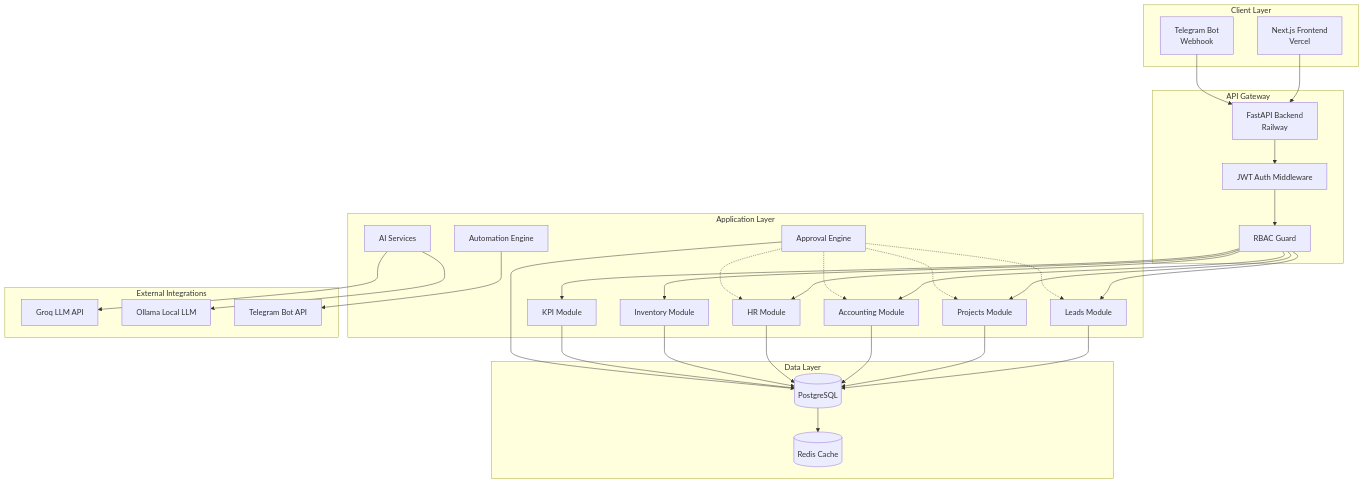
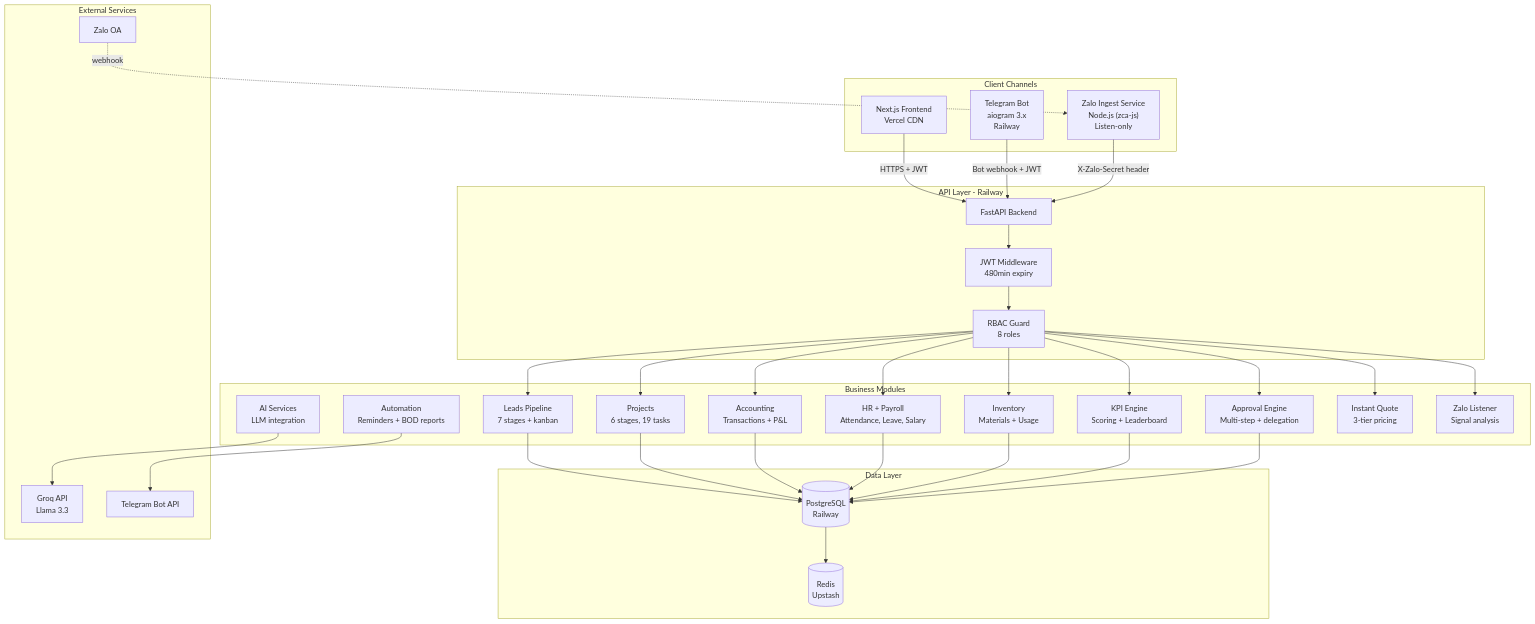
Before and after one commit to anhthien8/jamaerp: the first of 7 diagrams in docs/00-System-Architecture.md, drawn with Mermaid. The commit also changed other lines of this file and 28 other files, not shown here.

````diff
--- a/docs/00-System-Architecture.md
+++ b/docs/00-System-Architecture.md
@@ -33,62 +42,50 @@
 ```mermaid
 graph TB
-    subgraph "Client Layer"
-        FE[Next.js Frontend<br/>Vercel]
-        TG[Telegram Bot<br/>Webhook]
+    subgraph "Client Channels"
+        FE["Next.js Frontend<br/>Vercel CDN"]
+        TG["Telegram Bot<br/>aiogram 3.x<br/>Railway"]
+        ZALO_INGEST["Zalo Ingest Service<br/>Node.js (zca-js)<br/>Listen-only"]
     end
 
-    subgraph "API Gateway"
-        BE[FastAPI Backend<br/>Railway]
-        JWT[JWT Auth Middleware]
-        RBAC[RBAC Guard]
+    subgraph "API Layer - Railway"
+        BE["FastAPI Backend"]
+        JWT["JWT Middleware<br/>480min expiry"]
+        RBAC["RBAC Guard<br/>8 roles"]
     end
 
-    subgraph "Application Layer"
-        MOD_LEADS[Leads Module]
-        MOD_PROJ[Projects Module]
-        MOD_ACCT[Accounting Module]
-        MOD_HR[HR Module]
-        MOD_INV[Inventory Module]
-        MOD_KPI[KPI Module]
-        MOD_APPROVAL[Approval Engine]
-        MOD_AI[AI Services]
-        MOD_AUTO[Automation Engine]
+    subgraph "Business Modules"
+        MOD_LEADS["Leads Pipeline<br/>7 stages + kanban"]
+        MOD_PROJ["Projects<br/>6 stages, 19 tasks"]
+        MOD_ACCT["Accounting<br/>Transactions + P&L"]
+        MOD_HR["HR + Payroll<br/>Attendance, Leave, Salary"]
+        MOD_INV["Inventory<br/>Materials + Usage"]
+        MOD_KPI["KPI Engine<br/>Scoring + Leaderboard"]
+        MOD_APPROVAL["Approval Engine<br/>Multi-step + delegation"]
+        MOD_AI["AI Services<br/>LLM integration"]
+        MOD_AUTO["Automation<br/>Reminders + BOD reports"]
+        MOD_QUOTE["Instant Quote<br/>3-tier pricing"]
+        MOD_ZALO["Zalo Listener<br/>Signal analysis"]
     end
 
     subgraph "Data Layer"
-        DB[(PostgreSQL)]
-        REDIS[(Redis Cache)]
+        DB[("PostgreSQL<br/>Railway")]
+        REDIS[("Redis<br/>Upstash")]
     end
 
-    subgraph "External Integrations"
-        GROQ[Groq LLM API]
-        OLLAMA[Ollama Local LLM]
-        TELEGRAM[Telegram Bot API]
+    subgraph "External Services"
+        GROQ["Groq API<br/>Llama 3.3"]
+        TGBOT_API["Telegram Bot API"]
+        ZALO_OA["Zalo OA"]
     end
 
-    FE --> BE
-    TG --> BE
-    BE --> JWT
-    JWT --> RBAC
-    RBAC --> MOD_LEADS
-    RBAC --> MOD_PROJ
-    RBAC --> MOD_ACCT
-    RBAC --> MOD_HR
-    RBAC --> MOD_INV
-    RBAC --> MOD_KPI
-    MOD_APPROVAL -.-> MOD_LEADS
-    MOD_APPROVAL -.-> MOD_PROJ
-    MOD_APPROVAL -.-> MOD_ACCT
-    MOD_APPROVAL -.-> MOD_HR
+    FE -->|"HTTPS + JWT"| BE
+    TG -->|"Bot webhook + JWT"| BE
+    ZALO_INGEST -->|"X-Zalo-Secret header"| BE
+    BE --> JWT --> RBAC
+    RBAC --> MOD_LEADS & MOD_PROJ & MOD_ACCT & MOD_HR & MOD_INV & MOD_KPI & MOD_APPROVAL & MOD_QUOTE & MOD_ZALO
     MOD_AI --> GROQ
-    MOD_AI --> OLLAMA
-    MOD_AUTO --> TELEGRAM
-    MOD_LEADS --> DB
-    MOD_PROJ --> DB
-    MOD_ACCT --> DB
-    MOD_HR --> DB
-    MOD_INV --> DB
-    MOD_KPI --> DB
-    MOD_APPROVAL --> DB
+    MOD_AUTO --> TGBOT_API
+    MOD_LEADS & MOD_PROJ & MOD_ACCT & MOD_HR & MOD_INV & MOD_KPI & MOD_APPROVAL --> DB
     DB --> REDIS
+    ZALO_OA -.->|"webhook"| ZALO_INGEST
 ```
````
